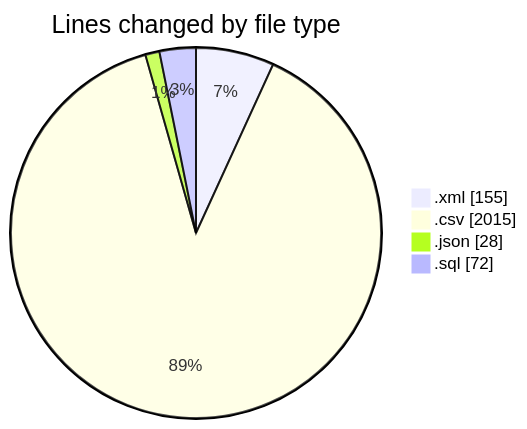
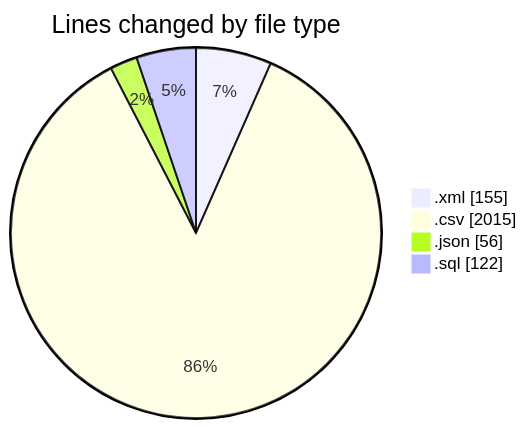
One commit to ricardozamudiocil/code-tracking changed the first of 2 diagrams in 2026-06-04/cilapp/README.md. Above: the diagram before and after it, drawn with Mermaid. The commit also changed other lines of this file and 1 other file, not shown here.

````diff
--- a/2026-06-04/cilapp/README.md
+++ b/2026-06-04/cilapp/README.md
@@ -25,8 +26,8 @@
 ```mermaid
 pie showData
 title Lines changed by file type
 ".xml" : 155
 ".csv" : 2015
-".json" : 28
-".sql" : 72
+".json" : 56
+".sql" : 122
 ```
````
